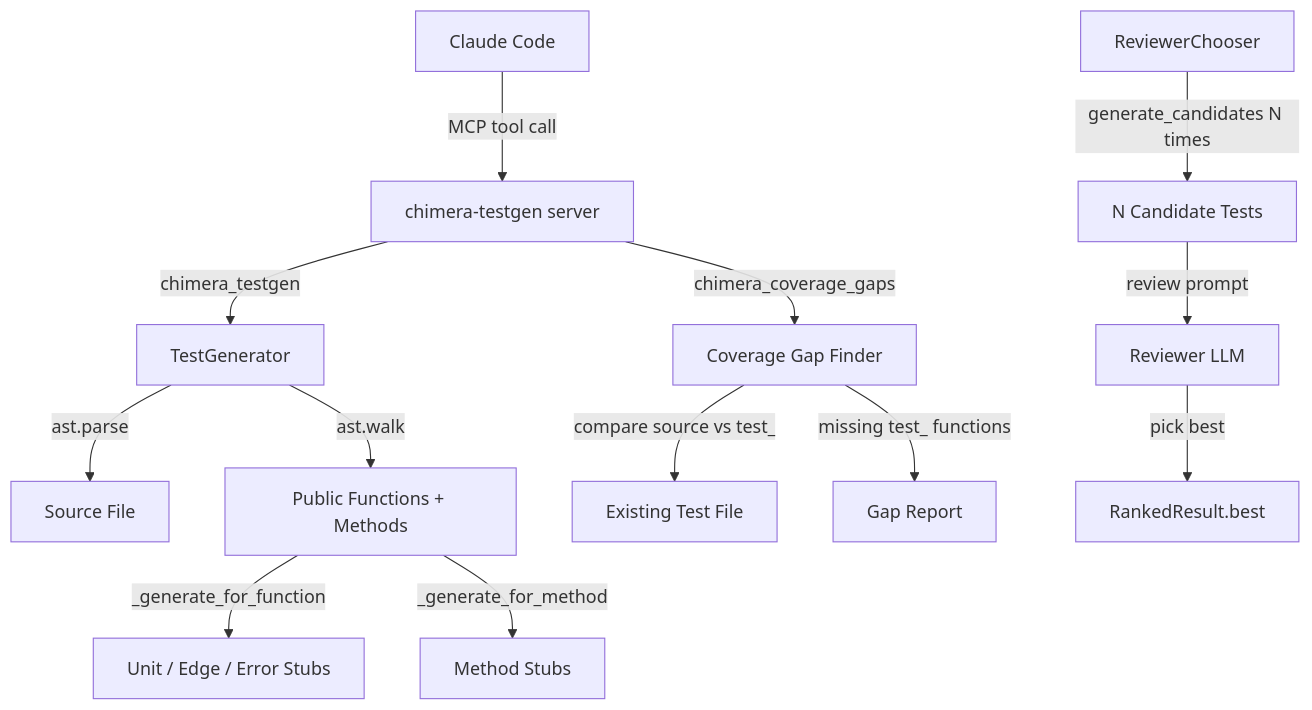
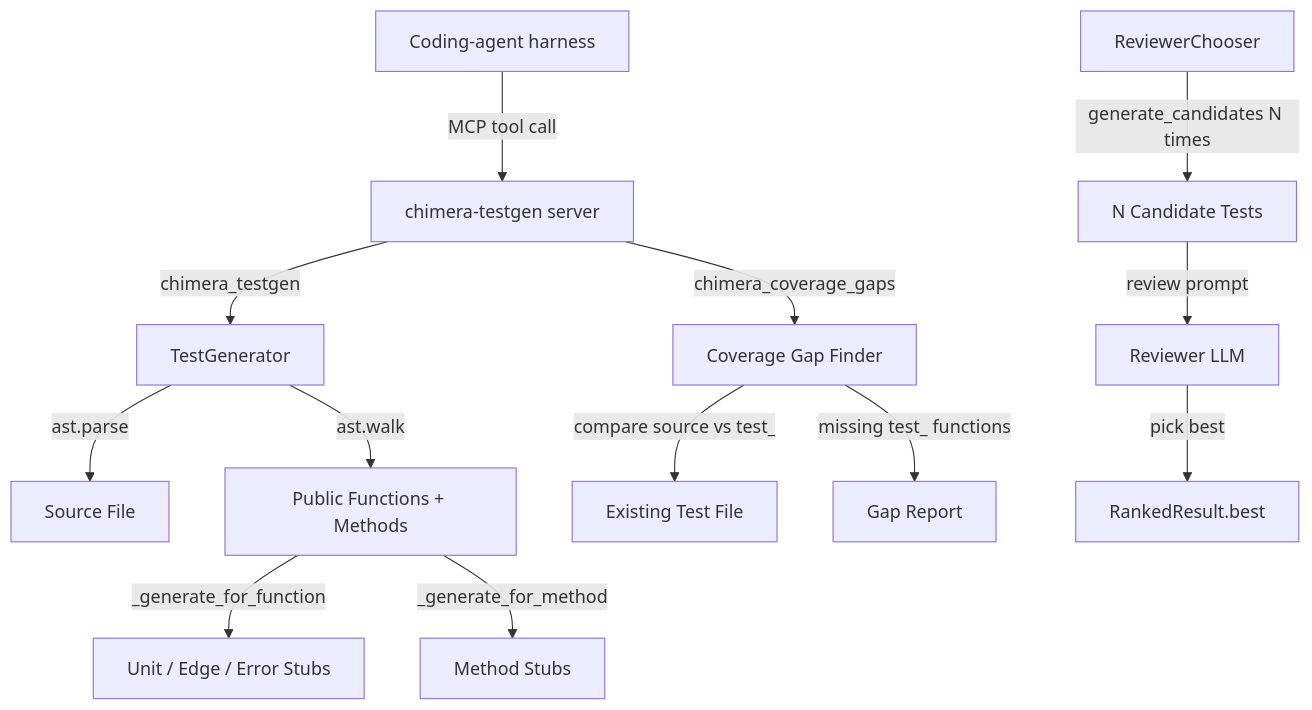
Before and after one commit to 0bserver07/chimera: the diagram in docs/playbooks/05-test-generation.md, drawn with Mermaid. The commit also changed other lines of this file and 17 other files, not shown here.

````diff
--- a/docs/playbooks/05-test-generation.md
+++ b/docs/playbooks/05-test-generation.md
@@ -11,15 +11,15 @@
 ```mermaid
 graph TD
-    CC[Claude Code] -->|MCP tool call| TS[chimera-testgen server]
+    H0[Coding-agent harness] -->|MCP tool call| TS[chimera-testgen server]
     TS -->|chimera_testgen| TG[TestGenerator]
     TS -->|chimera_coverage_gaps| CG[Coverage Gap Finder]
     TG -->|ast.parse| S[Source File]
     TG -->|ast.walk| P[Public Functions + Methods]
     P -->|_generate_for_function| SK1[Unit / Edge / Error Stubs]
     P -->|_generate_for_method| SK2[Method Stubs]
     CG -->|compare source vs test_| E[Existing Test File]
     CG -->|missing test_ functions| G[Gap Report]
     RC[ReviewerChooser] -->|generate_candidates N times| C[N Candidate Tests]
     C -->|review prompt| R[Reviewer LLM]
     R -->|pick best| B[RankedResult.best]
 ```
````
